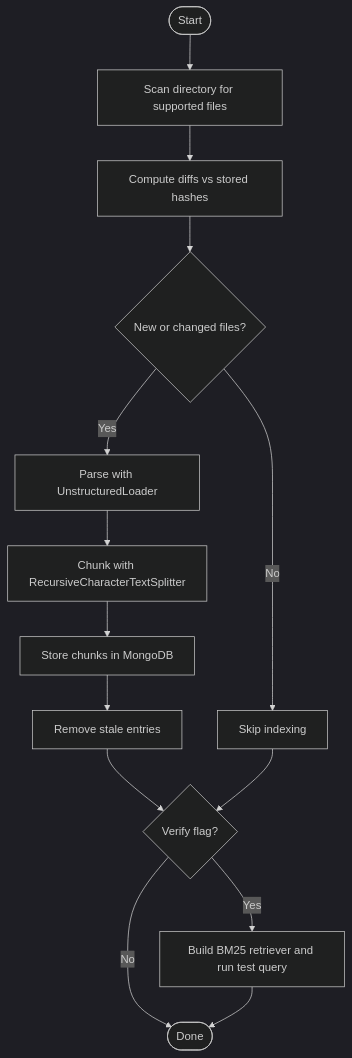
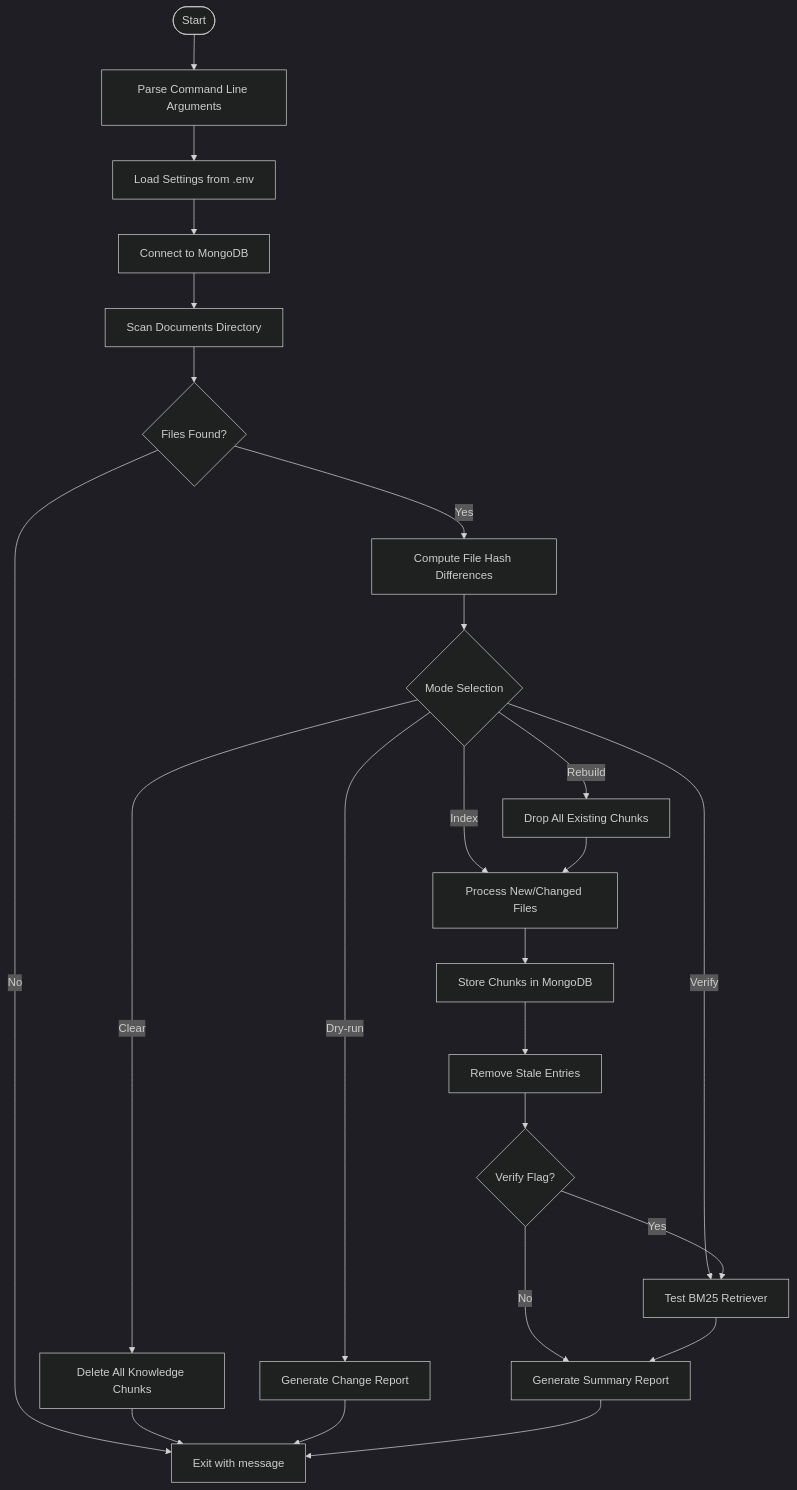
Before and after one commit to Sovetsky-Soyuz/AI-Assistant: the third of 7 diagrams in .qoder/repowiki/en/content/Features and Capabilities/Knowledge Management and RAG.md, drawn with Mermaid (dark theme). The commit also changed other lines of this file and 14 other files, not shown here.

````diff
--- a/.qoder/repowiki/en/content/Features and Capabilities/Knowledge Management and RAG.md
+++ b/.qoder/repowiki/en/content/Features and Capabilities/Knowledge Management and RAG.md
@@ -153,16 +175,26 @@
 ```mermaid
 flowchart TD
-Start(["Start"]) --> Scan["Scan directory for supported files"]
-Scan --> Diff["Compute diffs vs stored hashes"]
-Diff --> SplitNewChanged{"New or changed files?"}
-SplitNewChanged --> |Yes| Parse["Parse with UnstructuredLoader"]
-Parse --> Chunk["Chunk with RecursiveCharacterTextSplitter"]
-Chunk --> Store["Store chunks in MongoDB"]
-SplitNewChanged --> |No| Skip["Skip indexing"]
-Store --> RemoveStale["Remove stale entries"]
-RemoveStale --> Verify{"Verify flag?"}
-Skip --> Verify
-Verify --> |Yes| TestBM25["Build BM25 retriever and run test query"]
-Verify --> |No| Done(["Done"])
-TestBM25 --> Done
+Start(["Start"]) --> ParseArgs["Parse Command Line Arguments"]
+ParseArgs --> LoadSettings["Load Settings from .env"]
+LoadSettings --> ConnectMongo["Connect to MongoDB"]
+ConnectMongo --> ScanDir["Scan Documents Directory"]
+ScanDir --> CheckFiles{"Files Found?"}
+CheckFiles --> |No| Exit["Exit with message"]
+CheckFiles --> |Yes| ComputeDiff["Compute File Hash Differences"]
+ComputeDiff --> ModeCheck{"Mode Selection"}
+ModeCheck --> |Rebuild| DropChunks["Drop All Existing Chunks"]
+ModeCheck --> |Clear| DeleteAll["Delete All Knowledge Chunks"]
+ModeCheck --> |Dry-run| DiffReport["Generate Change Report"]
+ModeCheck --> |Index| ProcessFiles["Process New/Changed Files"]
+ModeCheck --> |Verify| TestRetriever["Test BM25 Retriever"]
+DropChunks --> ProcessFiles
+DeleteAll --> Exit
+DiffReport --> Exit
+ProcessFiles --> StoreChunks["Store Chunks in MongoDB"]
+StoreChunks --> RemoveStale["Remove Stale Entries"]
+RemoveStale --> VerifyCheck{"Verify Flag?"}
+VerifyCheck --> |Yes| TestRetriever
+VerifyCheck --> |No| Summary["Generate Summary Report"]
+TestRetriever --> Summary
+Summary --> Exit
 ```
````
